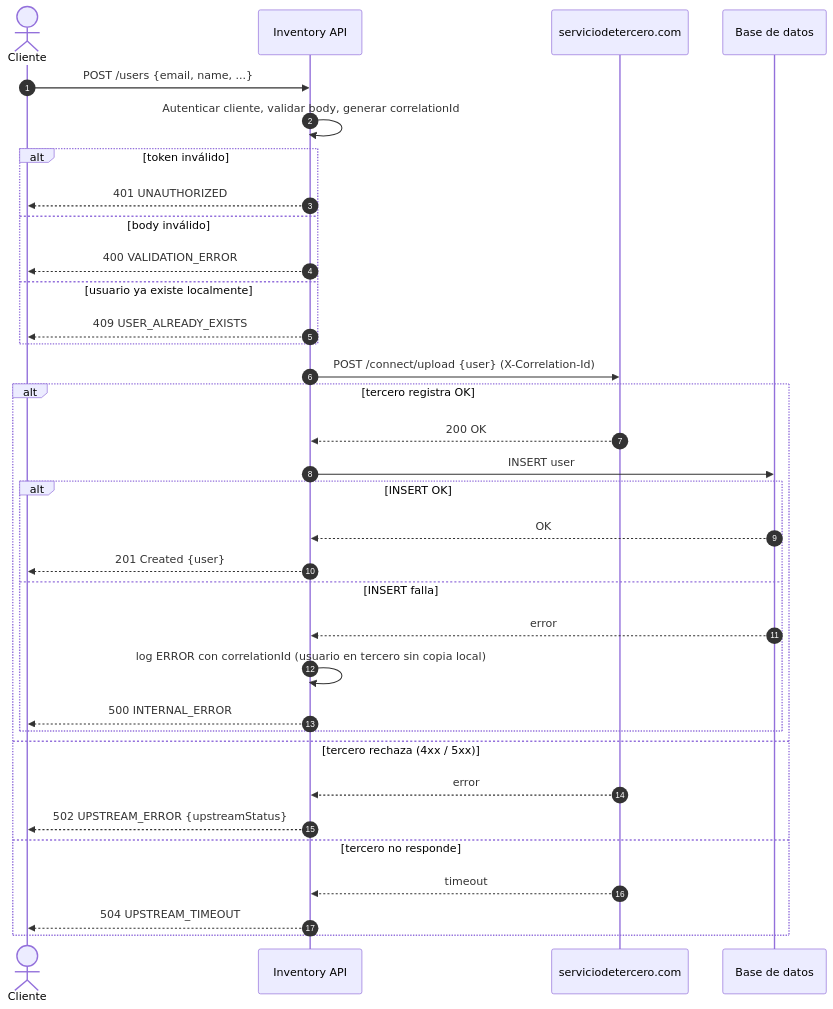
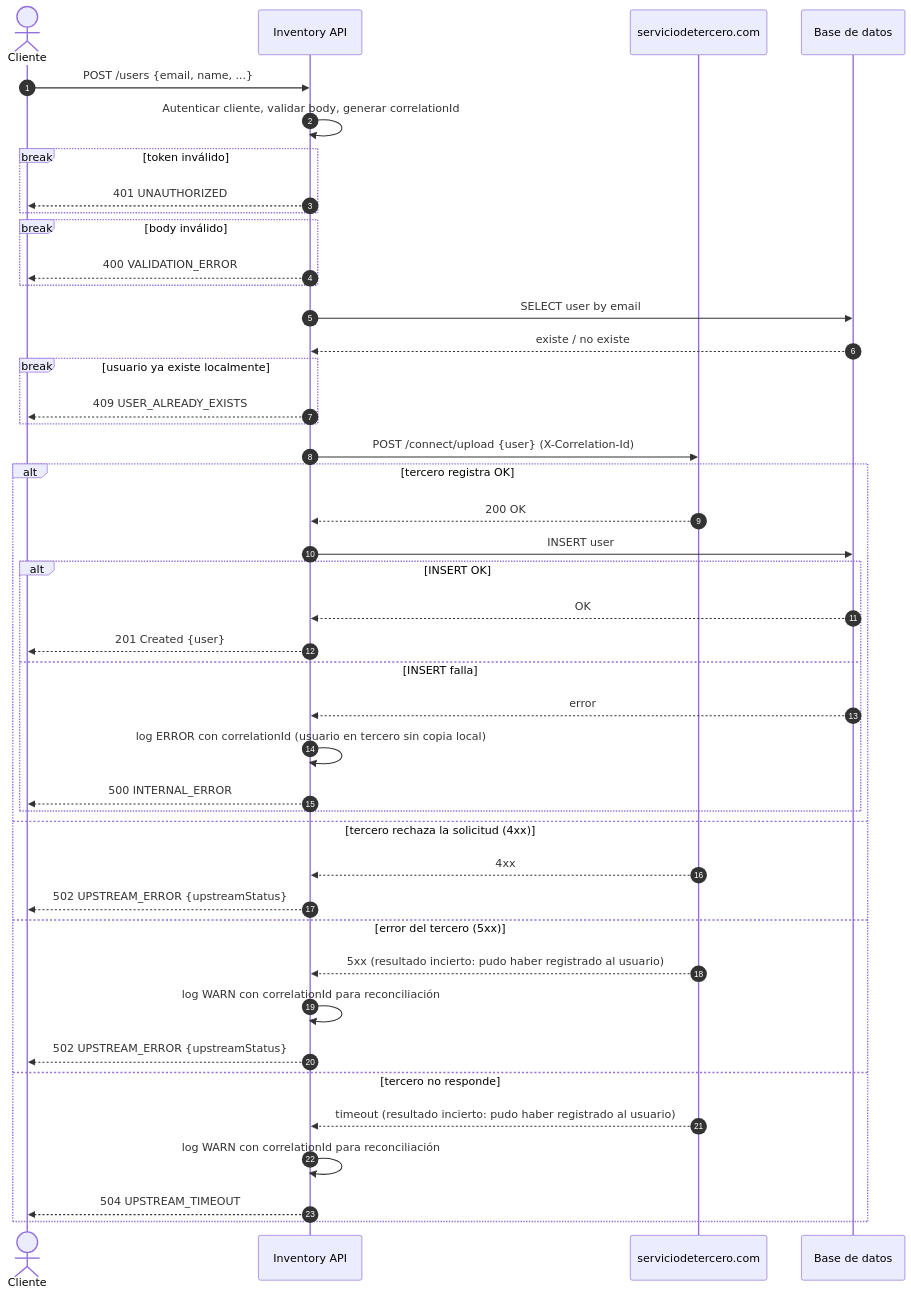
One commit to danisajuarez/toolbox-challenge changed the first of 3 diagrams in 04-inventory-integration/dss.md. Above: the diagram before and after it, drawn with Mermaid. The commit also changed other lines of this file and 3 other files, not shown here.

Commit message:
fix(inventory): address review findings on schema, flow termination and write failure semantics

````diff
--- a/04-inventory-integration/dss.md
+++ b/04-inventory-integration/dss.md
@@ -16,38 +16,47 @@
 ```mermaid
 sequenceDiagram
     autonumber
     actor C as Cliente
     participant API as Inventory API
     participant T as serviciodetercero.com
     participant DB as Base de datos
 
     C->>API: POST /users {email, name, ...}
     API->>API: Autenticar cliente, validar body, generar correlationId
-    alt token inválido
+    break token inválido
         API-->>C: 401 UNAUTHORIZED
-    else body inválido
+    end
+    break body inválido
         API-->>C: 400 VALIDATION_ERROR
-    else usuario ya existe localmente
+    end
+    API->>DB: SELECT user by email
+    DB-->>API: existe / no existe
+    break usuario ya existe localmente
         API-->>C: 409 USER_ALREADY_EXISTS
     end
 
     API->>T: POST /connect/upload {user} (X-Correlation-Id)
     alt tercero registra OK
         T-->>API: 200 OK
         API->>DB: INSERT user
         alt INSERT OK
             DB-->>API: OK
             API-->>C: 201 Created {user}
         else INSERT falla
             DB-->>API: error
             API->>API: log ERROR con correlationId (usuario en tercero sin copia local)
             API-->>C: 500 INTERNAL_ERROR
         end
-    else tercero rechaza (4xx / 5xx)
-        T-->>API: error
+    else tercero rechaza la solicitud (4xx)
+        T-->>API: 4xx
+        API-->>C: 502 UPSTREAM_ERROR {upstreamStatus}
+    else error del tercero (5xx)
+        T-->>API: 5xx (resultado incierto: pudo haber registrado al usuario)
+        API->>API: log WARN con correlationId para reconciliación
         API-->>C: 502 UPSTREAM_ERROR {upstreamStatus}
     else tercero no responde
-        T-->>API: timeout
+        T-->>API: timeout (resultado incierto: pudo haber registrado al usuario)
+        API->>API: log WARN con correlationId para reconciliación
         API-->>C: 504 UPSTREAM_TIMEOUT
     end
 ```
````
